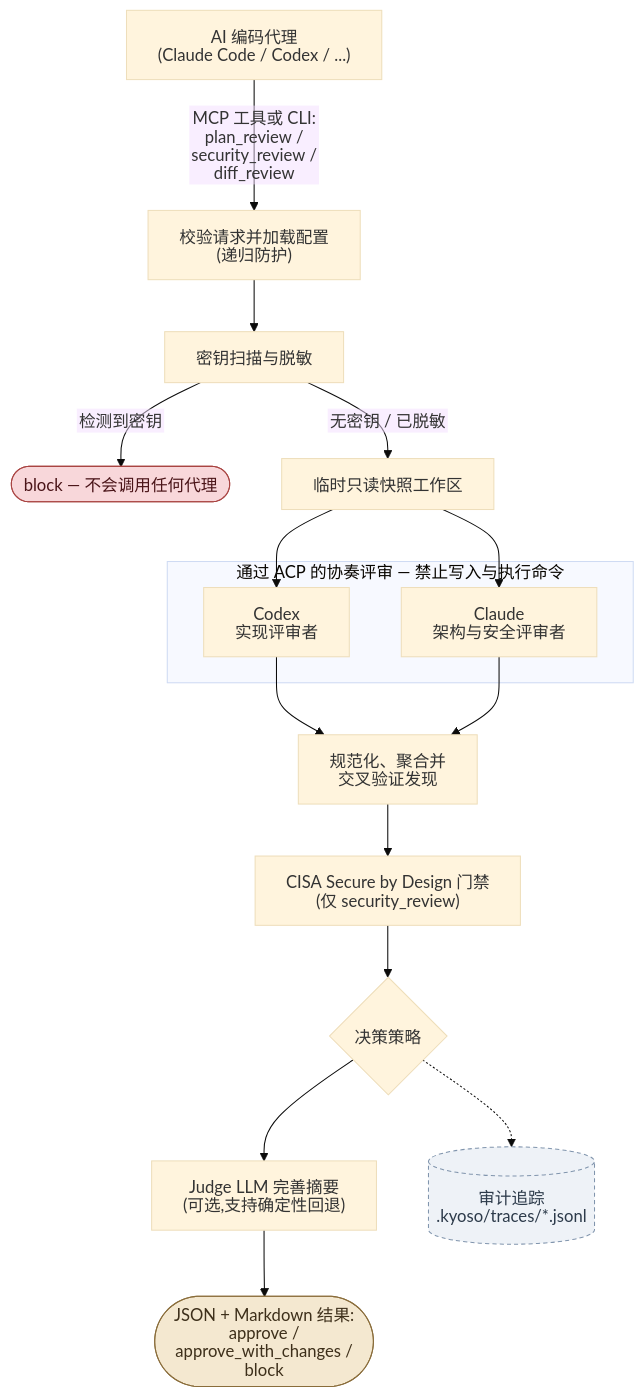
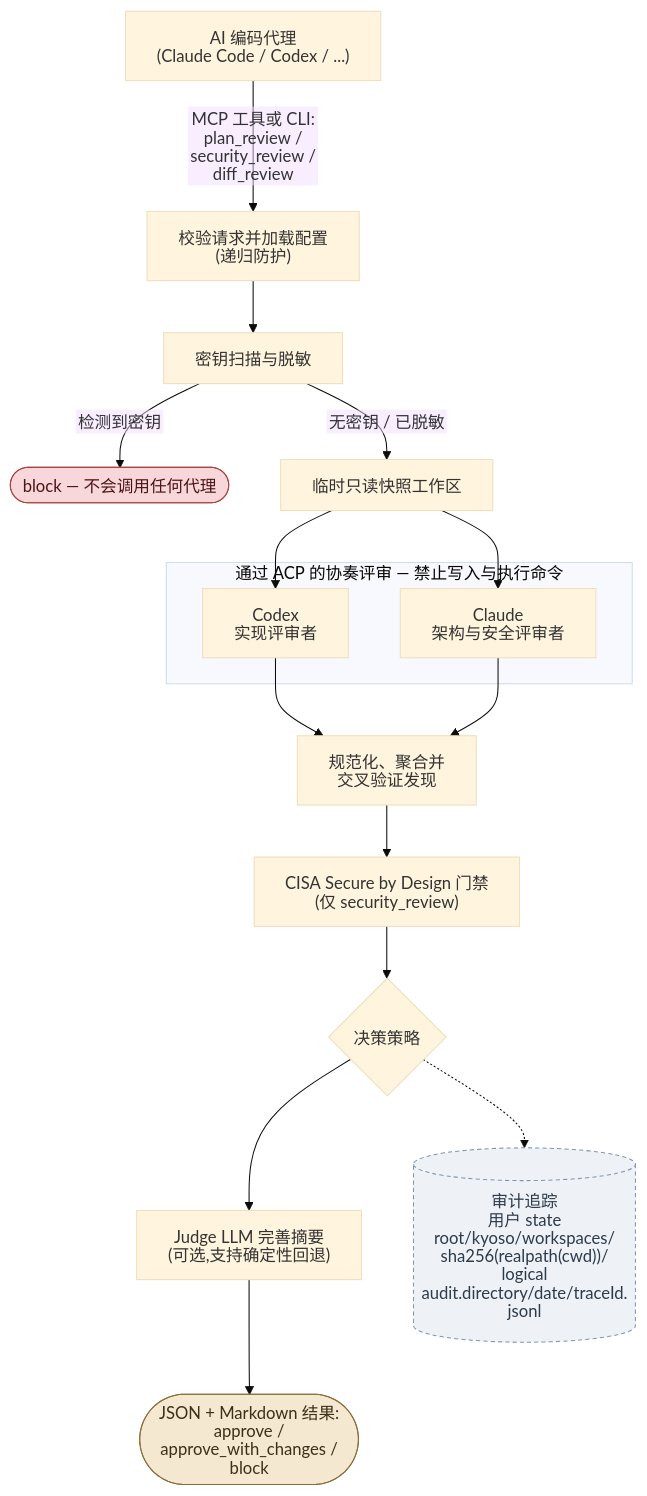
The diagram in docs/assets/kyoso-review-flow.zh-CN.mmd (hokupod/kyoso), drawn with Mermaid (base theme) before and after one commit. The commit also changed 26 other files, not shown here.

```diff
--- a/docs/assets/kyoso-review-flow.zh-CN.mmd
+++ b/docs/assets/kyoso-review-flow.zh-CN.mmd
@@ -1,33 +1,33 @@
 %% 评审执行流程(简体中文)
 %% 重新生成 SVG: bunx -p @mermaid-js/mermaid-cli mmdc -i docs/assets/kyoso-review-flow.zh-CN.mmd -o docs/assets/kyoso-review-flow.zh-CN.svg -b white
 %%{init: {"htmlLabels": false, "flowchart": {"htmlLabels": false}} }%%
 flowchart TD
     Client["AI 编码代理<br/>(Claude Code / Codex / ...)"]
     Client -->|"MCP 工具或 CLI:<br/>plan_review / security_review / diff_review"| Validate
 
     Validate["校验请求并加载配置<br/>(递归防护)"] --> Scan["密钥扫描与脱敏"]
     Scan -->|"检测到密钥"| Blocked(["block — 不会调用任何代理"])
     Scan -->|"无密钥 / 已脱敏"| Snapshot["临时只读快照工作区"]
 
     subgraph Ensemble["通过 ACP 的协奏评审 — 禁止写入与执行命令"]
         Codex["Codex<br/>实现评审者"]
         Claude["Claude<br/>架构与安全评审者"]
     end
 
     Snapshot --> Codex
     Snapshot --> Claude
     Codex --> Aggregate
     Claude --> Aggregate
 
     Aggregate["规范化、聚合并<br/>交叉验证发现"] --> Cisa["CISA Secure by Design 门禁<br/>(仅 security_review)"]
     Cisa --> Decision{"决策策略"}
     Decision --> Judge["Judge LLM 完善摘要<br/>(可选,支持确定性回退)"]
     Judge --> Result(["JSON + Markdown 结果:<br/>approve / approve_with_changes / block"])
-    Decision -.-> Trace[("审计追踪<br/>.kyoso/traces/*.jsonl")]
+    Decision -.-> Trace[("审计追踪<br/>用户 state root/kyoso/workspaces/<br/>sha256(realpath(cwd))/<br/>logical audit.directory/date/traceId.jsonl")]
 
     classDef terminal fill:#f4e8d0,stroke:#8a6d3b,color:#3d2f1a
     classDef blocked fill:#f8d7da,stroke:#a94442,color:#4a1418
     classDef side fill:#eef2f7,stroke:#8195ad,color:#2c3a4a,stroke-dasharray: 4 3
     class Result terminal
     class Blocked blocked
     class Trace side
```
